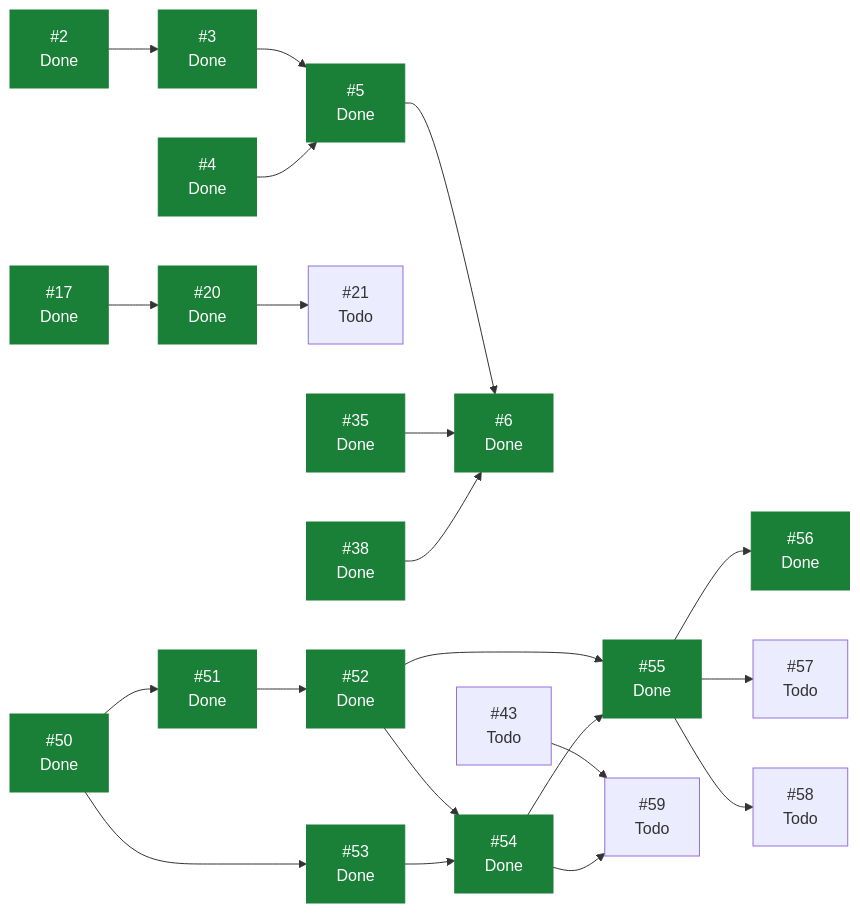
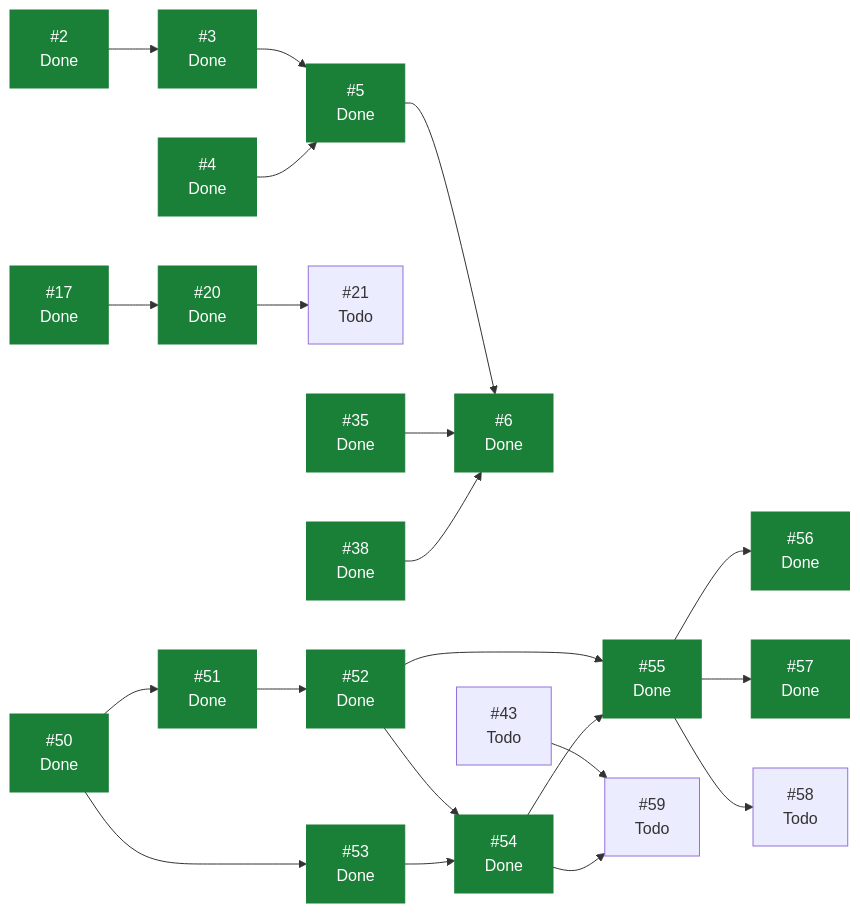
Before and after one commit to ecamp0s/evault: the diagram in docs/planning/STATUS.md, drawn with Mermaid. The commit also changed other lines of this file, not shown here.

````diff
--- a/docs/planning/STATUS.md
+++ b/docs/planning/STATUS.md
@@ -88,46 +87,46 @@
 ```mermaid
 graph LR
   I2["#2<br/>Done"]
   I3["#3<br/>Done"]
   I4["#4<br/>Done"]
   I5["#5<br/>Done"]
   I6["#6<br/>Done"]
   I17["#17<br/>Done"]
   I20["#20<br/>Done"]
   I21["#21<br/>Todo"]
   I35["#35<br/>Done"]
   I38["#38<br/>Done"]
   I43["#43<br/>Todo"]
   I50["#50<br/>Done"]
   I51["#51<br/>Done"]
   I52["#52<br/>Done"]
   I53["#53<br/>Done"]
   I54["#54<br/>Done"]
   I55["#55<br/>Done"]
   I56["#56<br/>Done"]
-  I57["#57<br/>Todo"]
+  I57["#57<br/>Done"]
   I58["#58<br/>Todo"]
   I59["#59<br/>Todo"]
   I2 --> I3
   I3 --> I5
   I4 --> I5
   I5 --> I6
   I17 --> I20
   I20 --> I21
   I35 --> I6
   I38 --> I6
   I43 --> I59
   I50 --> I51
   I50 --> I53
   I51 --> I52
   I52 --> I54
   I52 --> I55
   I53 --> I54
   I54 --> I55
   I54 --> I59
   I55 --> I56
   I55 --> I57
   I55 --> I58
   classDef hecho fill:#1a7f37,stroke:#1a7f37,color:#fff;
-  class I2,I3,I4,I5,I6,I17,I20,I35,I38,I50,I51,I52,I53,I54,I55,I56 hecho;
+  class I2,I3,I4,I5,I6,I17,I20,I35,I38,I50,I51,I52,I53,I54,I55,I56,I57 hecho;
 ```
````
